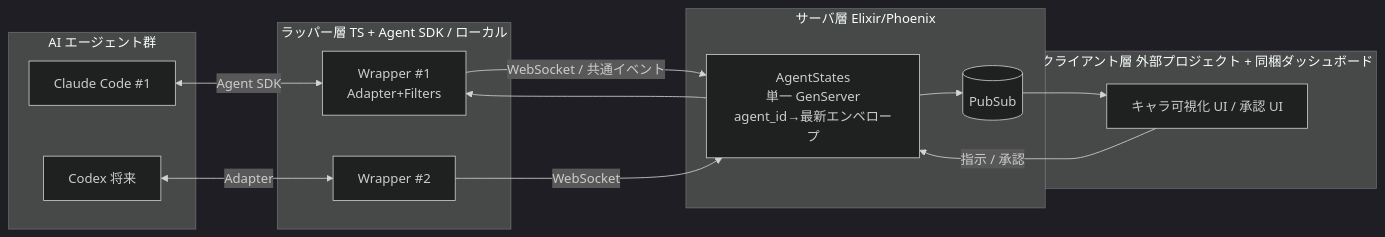
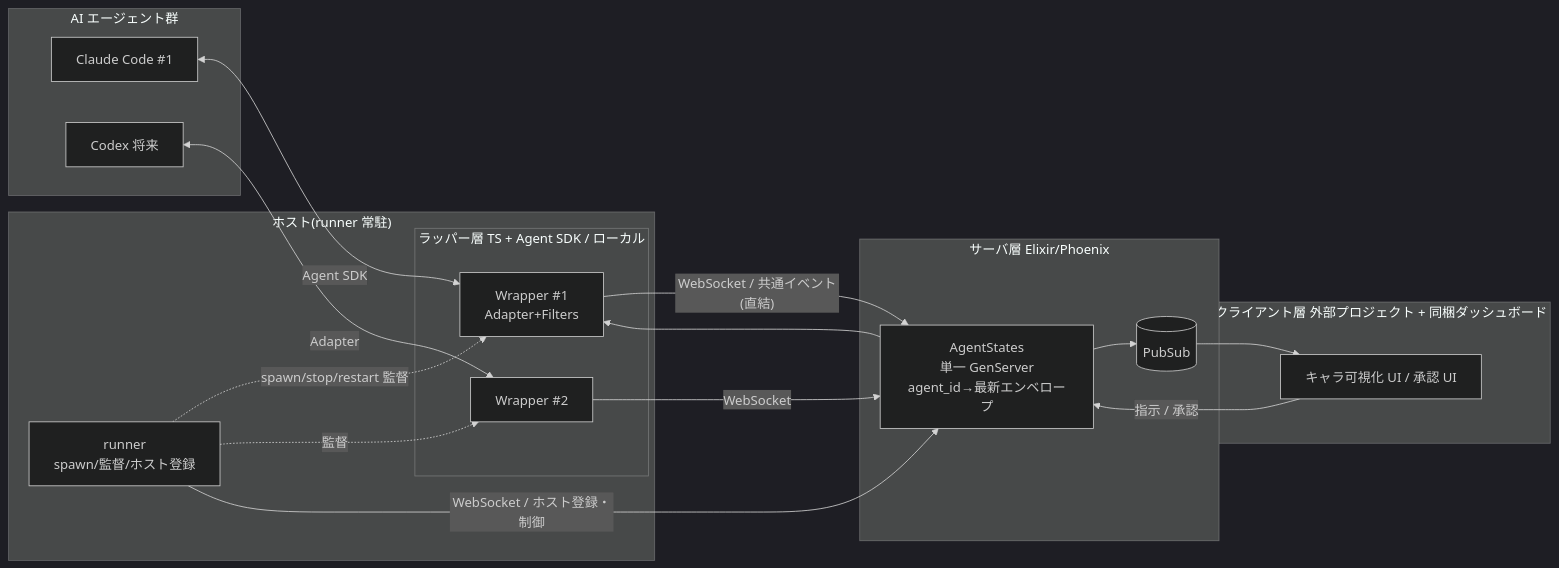
Before and after one commit to sakuraiyuta/kaoiro: the diagram in docs/specs/architecture.md, drawn with Mermaid (dark theme). The commit also changed other lines of this file and 14 other files, not shown here.

````diff
--- a/docs/specs/architecture.md
+++ b/docs/specs/architecture.md
@@ -20,24 +20,30 @@
 ```mermaid
 flowchart LR
   subgraph Agents[AI エージェント群]
     CC1[Claude Code #1]
     CX[Codex 将来]
   end
-  subgraph Wrappers[ラッパー層 TS + Agent SDK / ローカル]
-    W1[Wrapper #1<br/>Adapter+Filters]
-    W2[Wrapper #2]
+  subgraph Host["ホスト(runner 常駐)"]
+    RUN[runner<br/>spawn/監督/ホスト登録]
+    subgraph Wrappers[ラッパー層 TS + Agent SDK / ローカル]
+      W1[Wrapper #1<br/>Adapter+Filters]
+      W2[Wrapper #2]
+    end
   end
   subgraph Server[サーバ層 Elixir/Phoenix]
     REG[AgentStates<br/>単一 GenServer<br/>agent_id→最新エンベロープ]
     PS[(PubSub)]
   end
   subgraph Clients[クライアント層 外部プロジェクト + 同梱ダッシュボード]
     UI[キャラ可視化 UI / 承認 UI]
   end
   CC1 <-->|Agent SDK| W1
   CX  <-->|Adapter| W2
-  W1 -- WebSocket / 共通イベント --> REG
+  RUN -.->|spawn/stop/restart 監督| W1
+  RUN -.->|監督| W2
+  W1 -->|"WebSocket / 共通イベント(直結)"| REG
   W2 -- WebSocket --> REG
+  RUN -- WebSocket / ホスト登録・制御 --> REG
   REG --> PS --> UI
   UI -- 指示 / 承認 --> REG --> W1
 ```
````
